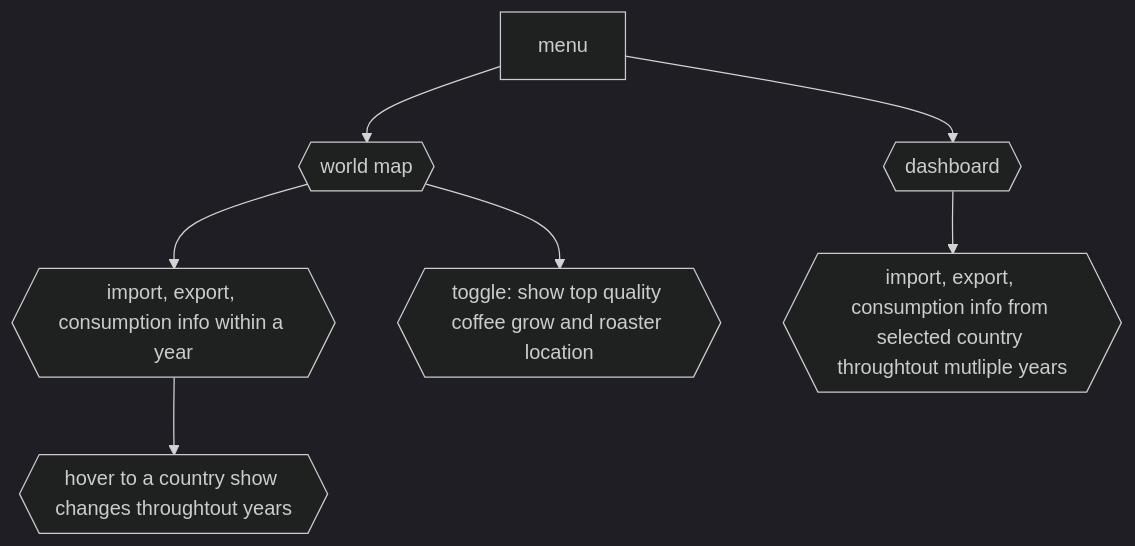
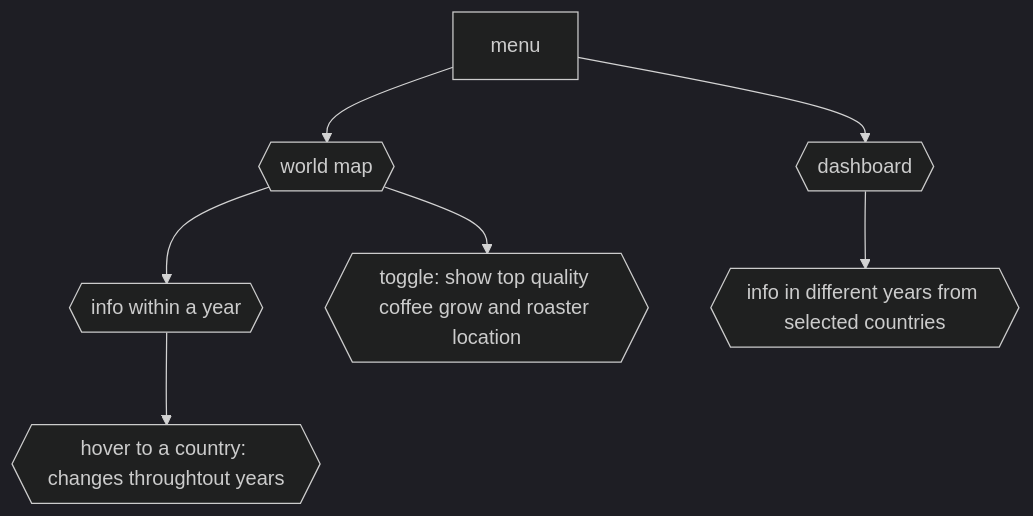
Before and after one commit to wingylui/Coffee_Trading: the diagram in README.md, drawn with Mermaid (dark theme).

Commit message:
update planning

````diff
--- a/README.md
+++ b/README.md
@@ -23,6 +23,6 @@
 ```mermaid
 flowchart TB
-menu --> id1{{world map}} --> sub1{{import, export, consumption info within a year}} --> sub2{{hover to a country show changes throughtout years}}
+menu --> id1{{world map}} --> sub1{{info within a year}} --> sub2{{hover to a country: changes throughtout years}}
 id1{{world map}} --> sub3{{toggle: show top quality coffee grow and roaster location}}
-menu --> id2{{dashboard}} --> sub4{{import, export, consumption info from selected country throughtout mutliple years}}
+menu --> id2{{dashboard}} --> sub4{{info in different years from selected countries}}
 ```
````
